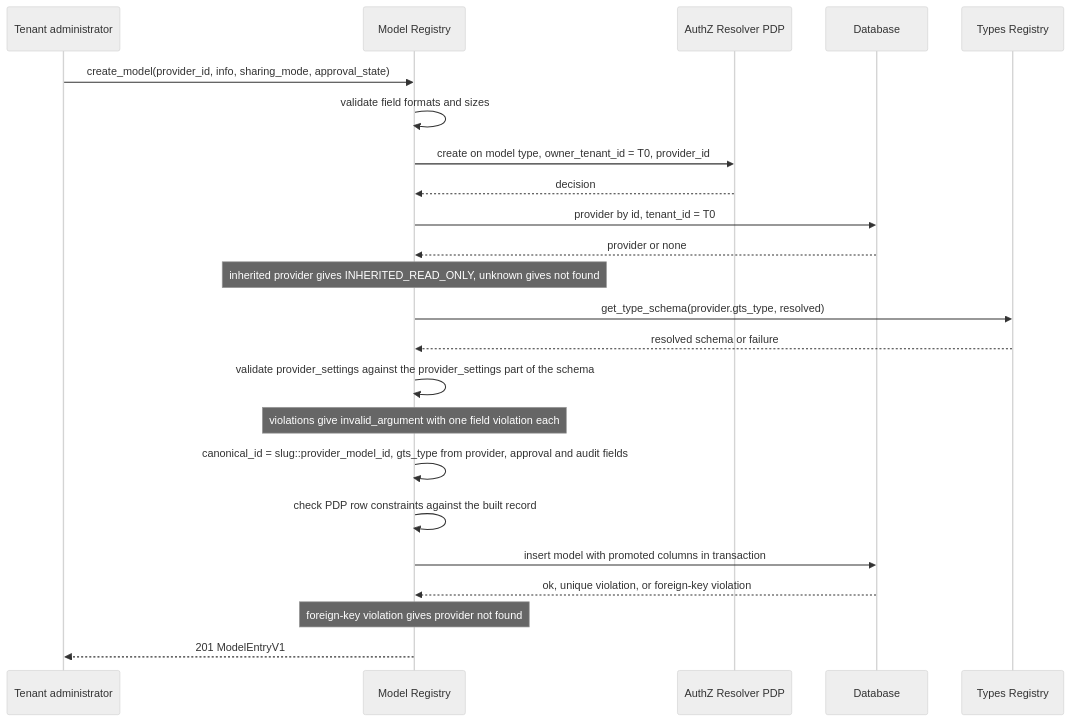
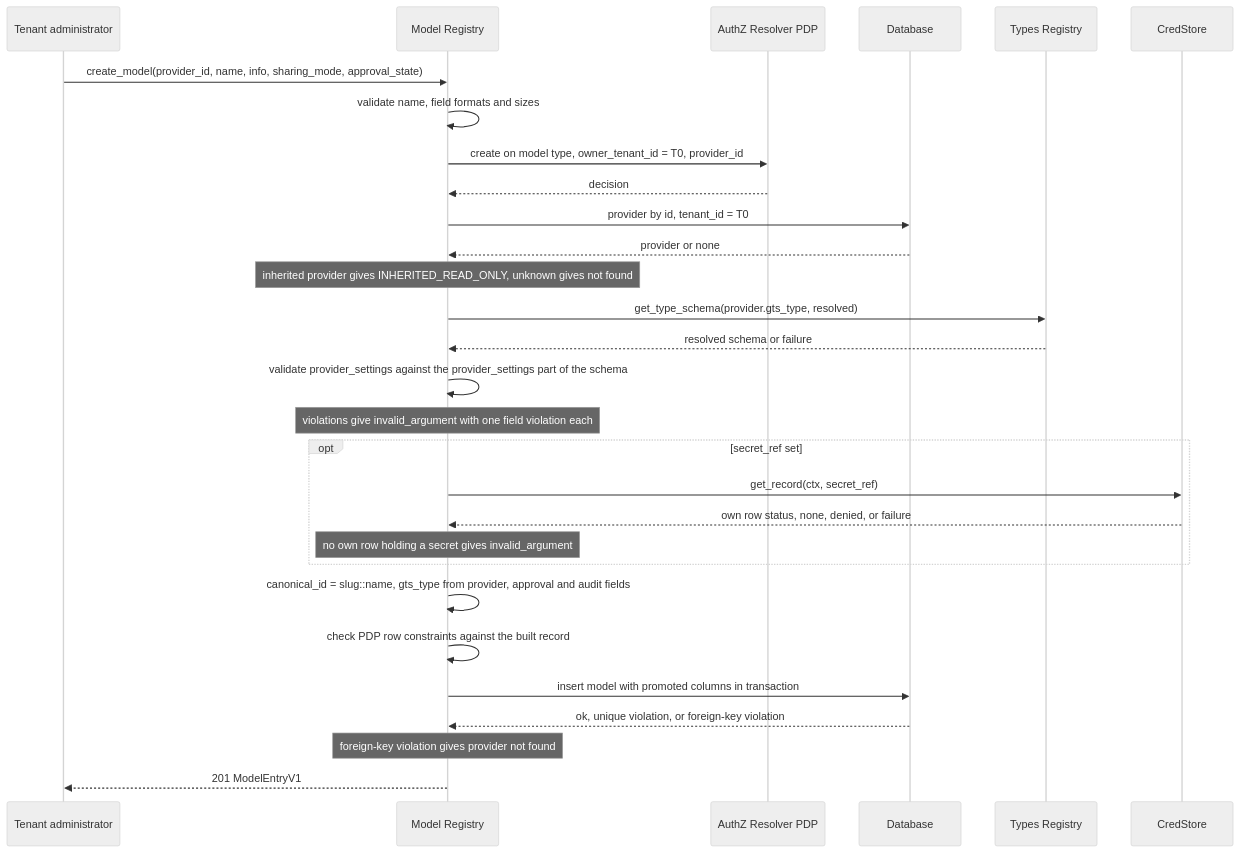
The seventh of 9 diagrams in gears/model-registry/docs/DESIGN.md (constructorfabric/gears-rust), drawn with Mermaid (neutral theme) before and after one commit. The commit also changed other lines of this file and 5 other files, not shown here.

````diff
--- a/gears/model-registry/docs/DESIGN.md
+++ b/gears/model-registry/docs/DESIGN.md
@@ -1037,26 +1097,32 @@
 ```mermaid
 sequenceDiagram
     participant A as Tenant administrator
     participant MR as Model Registry
     participant PDP as AuthZ Resolver PDP
     participant DB as Database
     participant TY as Types Registry
+    participant CR as CredStore
 
-    A->>MR: create_model(provider_id, info, sharing_mode, approval_state)
-    MR->>MR: validate field formats and sizes
+    A->>MR: create_model(provider_id, name, info, sharing_mode, approval_state)
+    MR->>MR: validate name, field formats and sizes
     MR->>PDP: create on model type, owner_tenant_id = T0, provider_id
     PDP-->>MR: decision
     MR->>DB: provider by id, tenant_id = T0
     DB-->>MR: provider or none
     Note over MR: inherited provider gives INHERITED_READ_ONLY, unknown gives not found
     MR->>TY: get_type_schema(provider.gts_type, resolved)
     TY-->>MR: resolved schema or failure
     MR->>MR: validate provider_settings against the provider_settings part of the schema
     Note over MR: violations give invalid_argument with one field violation each
-    MR->>MR: canonical_id = slug::provider_model_id, gts_type from provider, approval and audit fields
+    opt secret_ref set
+        MR->>CR: get_record(ctx, secret_ref)
+        CR-->>MR: own row status, none, denied, or failure
+        Note over MR: no own row holding a secret gives invalid_argument
+    end
+    MR->>MR: canonical_id = slug::name, gts_type from provider, approval and audit fields
     MR->>MR: check PDP row constraints against the built record
     MR->>DB: insert model with promoted columns in transaction
     DB-->>MR: ok, unique violation, or foreign-key violation
     Note over MR: foreign-key violation gives provider not found
     MR-->>A: 201 ModelEntryV1
 ```
````
